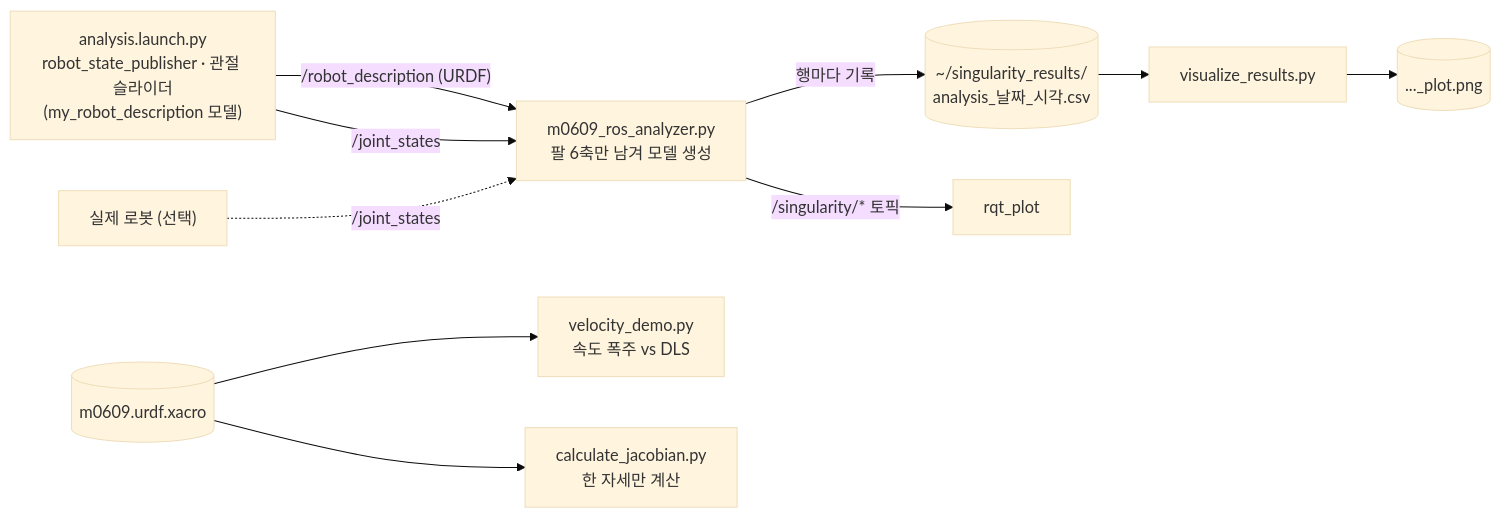
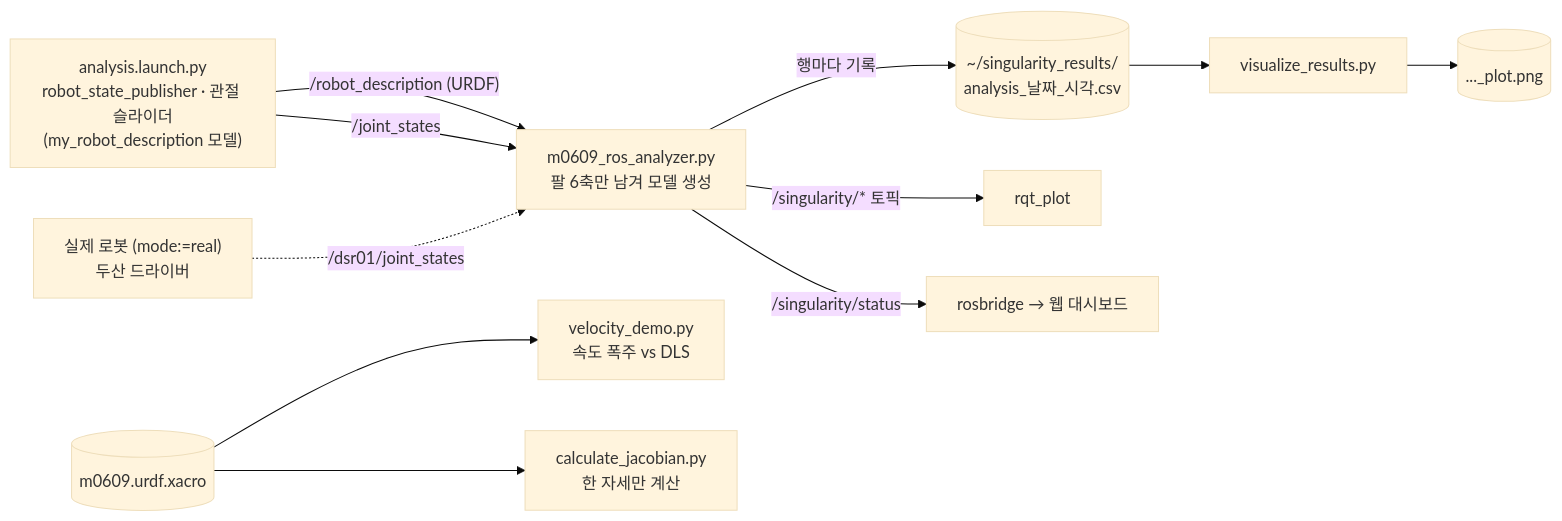
Before and after one commit to yoonheon051/singularity_analysis: the second of 4 diagrams in README.md, drawn with Mermaid (base theme). The commit also changed other lines of this file and 8 other files, not shown here.

````diff
--- a/README.md
+++ b/README.md
@@ -569,12 +684,13 @@
 ```mermaid
 flowchart LR
     SIM["analysis.launch.py<br/>robot_state_publisher · 관절 슬라이더<br/>(my_robot_description 모델)"] -- "/robot_description (URDF)" --> AN["m0609_ros_analyzer.py<br/>팔 6축만 남겨 모델 생성"]
     SIM -- "/joint_states" --> AN
-    REAL["실제 로봇 (선택)"] -. "/joint_states" .-> AN
+    REAL["실제 로봇 (mode:=real)<br/>두산 드라이버"] -. "/dsr01/joint_states" .-> AN
     AN -- "행마다 기록" --> CSV[("~/singularity_results/<br/>analysis_날짜_시각.csv")]
     AN -- "/singularity/* 토픽" --> RQT["rqt_plot"]
+    AN -- "/singularity/status" --> DASH["rosbridge → 웹 대시보드"]
     URDF --> VD["velocity_demo.py<br/>속도 폭주 vs DLS"]
     CSV --> VIS["visualize_results.py"]
     VIS --> PNG[("..._plot.png")]
     URDF[("m0609.urdf.xacro")] --> CJ["calculate_jacobian.py<br/>한 자세만 계산"]
 ```
````
